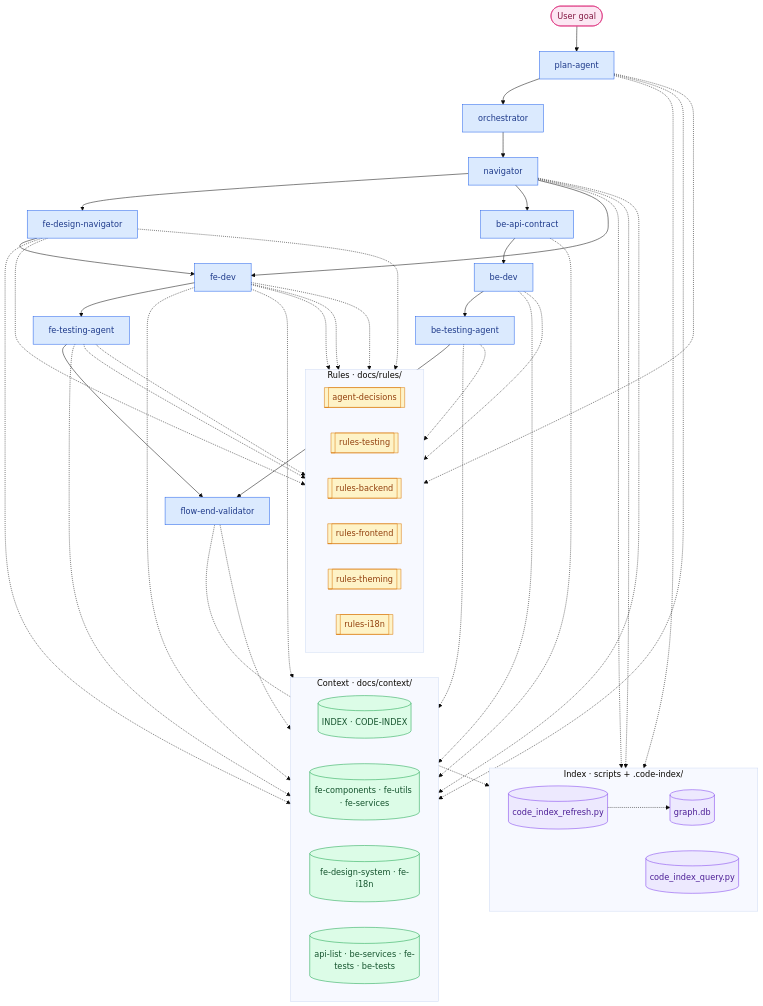
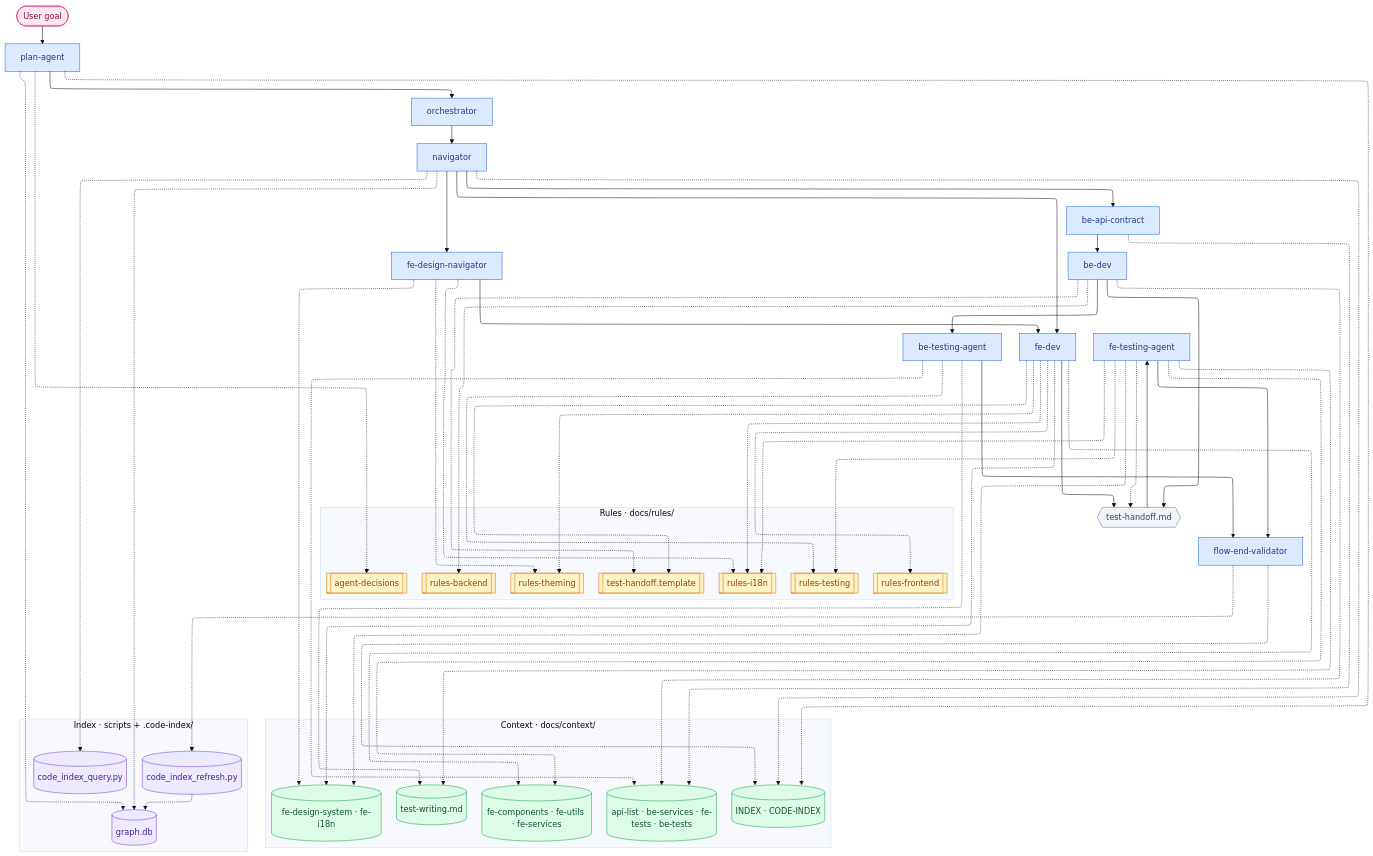
Before and after one commit to NikoNakkan/TestAgenFl: the third of 4 diagrams in docs/agentic-flowcharts.md, drawn with Mermaid (base theme). The commit also changed other lines of this file and 14 other files, not shown here.

````diff
--- a/docs/agentic-flowcharts.md
+++ b/docs/agentic-flowcharts.md
@@ -284,4 +285,8 @@
 ```mermaid
+---
+config:
+  layout: elk
+---
 flowchart TB
   subgraph RULES["Rules · docs/rules/"]
     direction LR
@@ -291,11 +296,13 @@
     RF[[rules-frontend]]
     RTH[[rules-theming]]
     RI18N[[rules-i18n]]
+    THO[[test-handoff.template]]
   end
 
   subgraph CONTEXT["Context · docs/context/"]
     direction LR
     CIDX[(INDEX · CODE-INDEX)]
+    TWRITE[(test-writing.md)]
     CFE[(fe-components · fe-utils · fe-services)]
     CDS[(fe-design-system · fe-i18n)]
     CBE[(api-list · be-services · fe-tests · be-tests)]
@@ -319,7 +326,9 @@
 
   NAV --> FD[fe-dev]
   FDN --> FD
-  FD --> FTA[fe-testing-agent]
+  FD --> TH{{test-handoff.md}}
+  BD --> TH
+  TH --> FTA[fe-testing-agent]
 
   BTA --> FEV[flow-end-validator]
   FTA --> FEV
@@ -327,30 +336,31 @@
   PA -.-> AD
   PA -.-> CIDX
   PA -.-> GDB
-
   NAV -.-> CIDX
   NAV -.-> GDB
   NAV -.-> QRY
-
   FDN -.-> CDS
   FDN -.-> RTH
   FDN -.-> RI18N
-
   BAC -.-> CBE
   BD -.-> CBE
   BD -.-> RB
+  BD -.-> THO
   BTA -.-> RT
+  BTA -.-> TWRITE
   BTA -.-> CBE
-
   FD -.-> CFE
   FD -.-> CDS
   FD -.-> RF
   FD -.-> RTH
   FD -.-> RI18N
+  FD -.-> THO
   FTA -.-> RT
   FTA -.-> RI18N
+  FTA -.-> TWRITE
   FTA -.-> CFE
-
+  FTA -.-> CDS
+  FTA -.-> TH
   FEV -.-> CIDX
   FEV -.-> REF
   REF -.-> GDB
@@ -360,10 +370,12 @@
   classDef rule fill:#fef3c7,stroke:#d97706,color:#92400e
   classDef context fill:#dcfce7,stroke:#16a34a,color:#14532d
   classDef index fill:#ede9fe,stroke:#7c3aed,color:#4c1d95
+  classDef artifact fill:#f1f5f9,stroke:#64748b,color:#334155
 
   class U user
   class PA,OR,NAV,FDN,BAC,BD,BTA,FD,FTA,FEV agent
-  class AD,RT,RB,RF,RTH,RI18N rule
-  class CIDX,CFE,CDS,CBE context
+  class AD,RT,RB,RF,RTH,RI18N,THO rule
+  class CIDX,TWRITE,CFE,CDS,CBE context
   class GDB,QRY,REF index
+  class TH artifact
 ```
````
